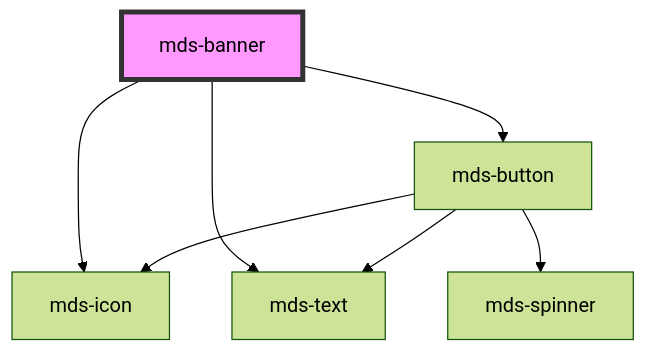
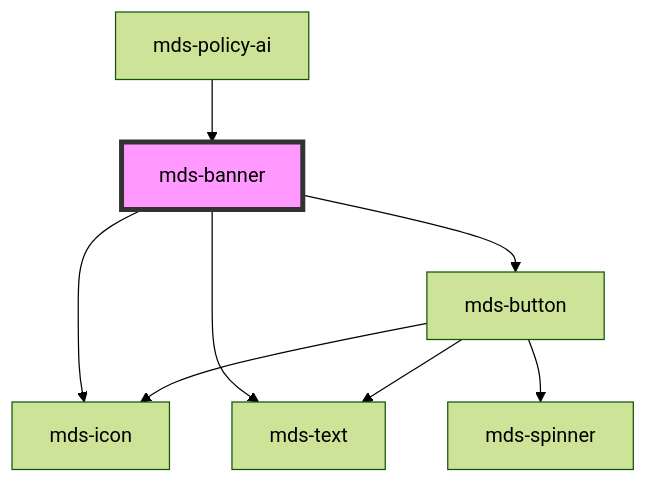
One commit to magma-design-system/magma changed the diagram in projects/stencil/src/components/mds-banner/readme.md. Above: the diagram before and after it, drawn with Mermaid (forest theme). The commit also changed other lines of this file and 16 other files, not shown here.

````diff
--- a/projects/stencil/src/components/mds-banner/readme.md
+++ b/projects/stencil/src/components/mds-banner/readme.md
@@ -58,10 +63,11 @@
 ```mermaid
 graph TD;
   mds-banner --> mds-icon
   mds-banner --> mds-text
   mds-banner --> mds-button
   mds-button --> mds-spinner
   mds-button --> mds-icon
   mds-button --> mds-text
+  mds-policy-ai --> mds-banner
   style mds-banner fill:#f9f,stroke:#333,stroke-width:4px
 ```
````
